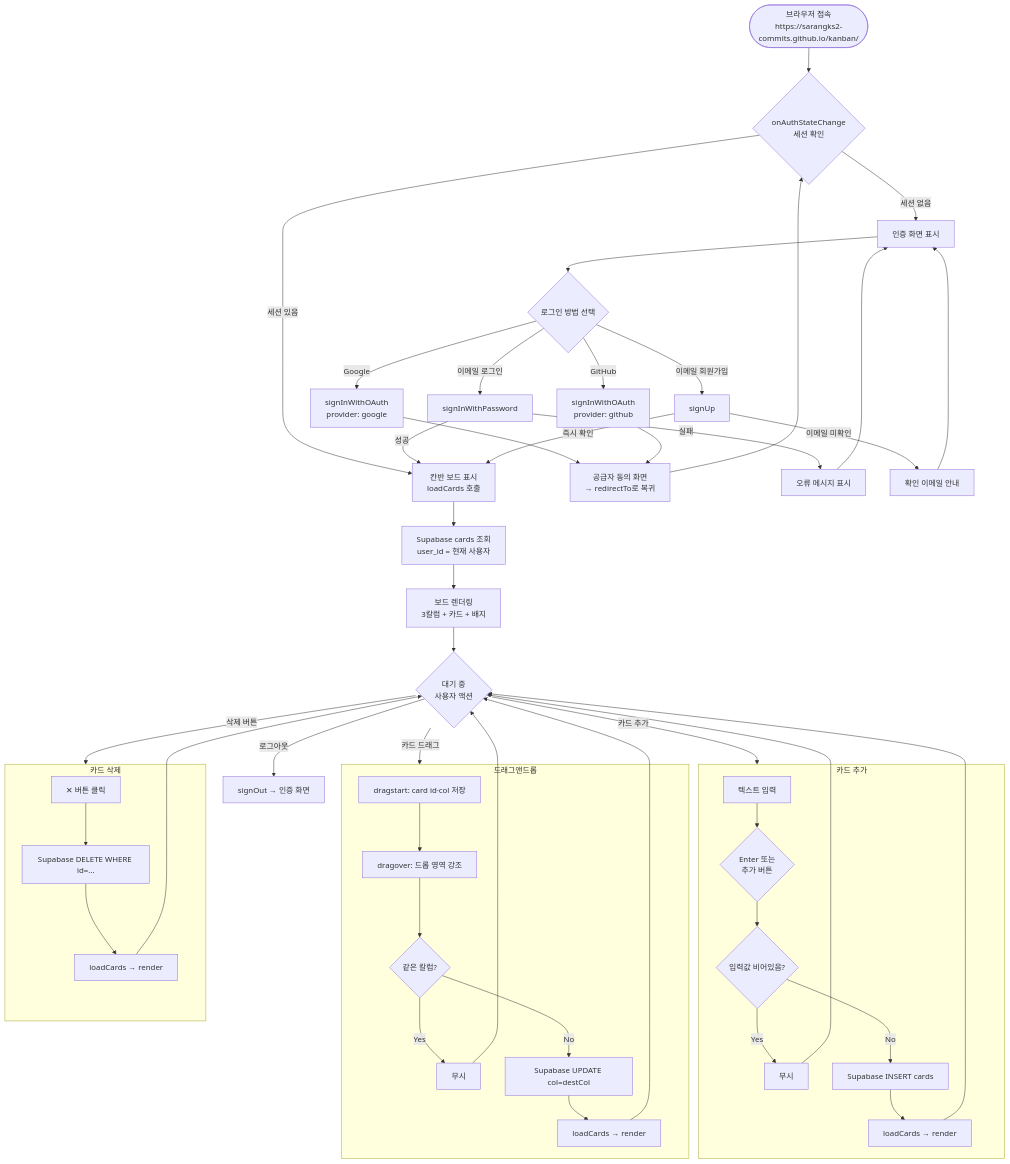
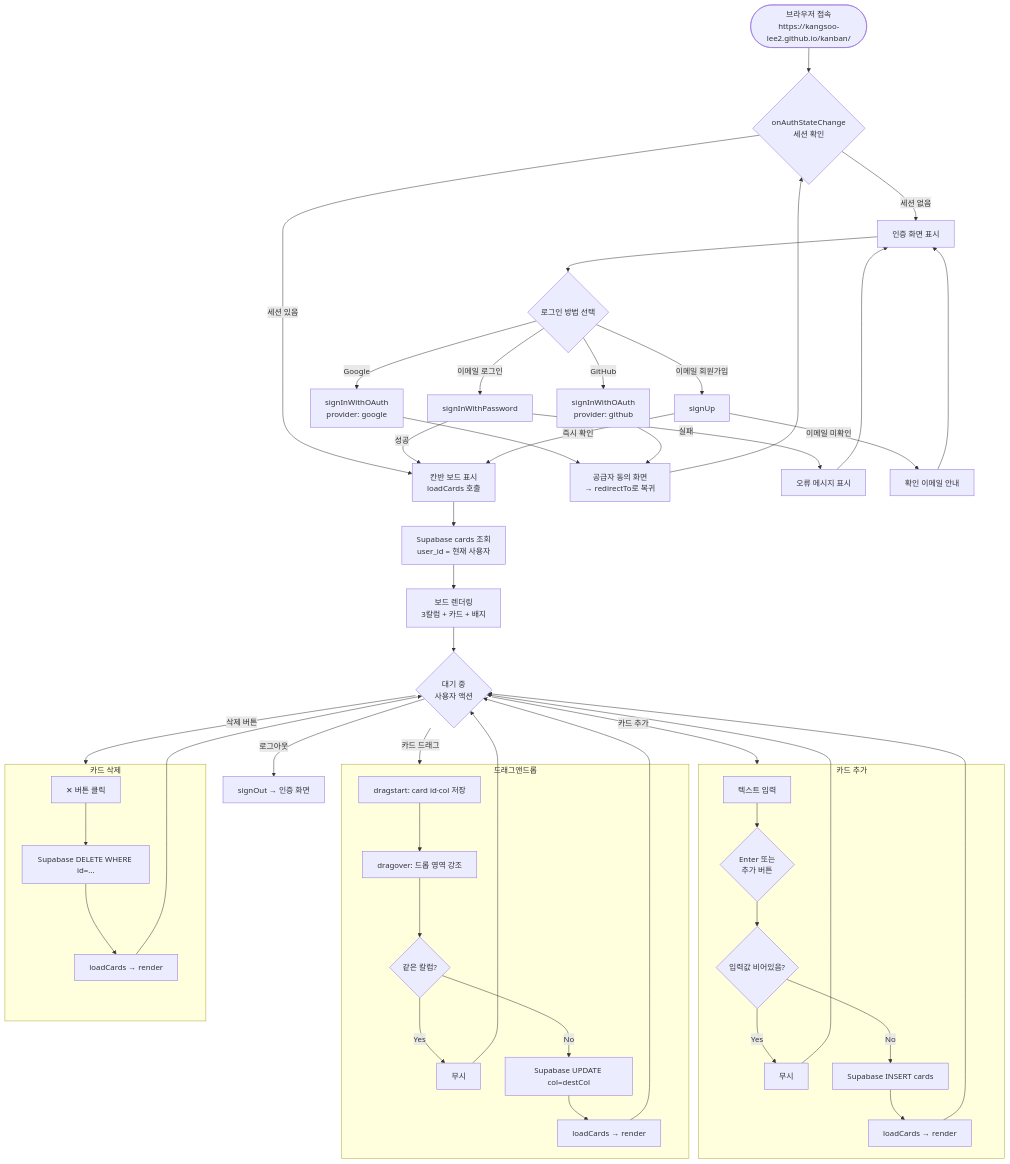
Before and after one commit to kangsoo-lee2/kanban: the first of 6 diagrams in USERFLOW.md, drawn with Mermaid. The commit also changed 5 other files, not shown here.

Commit message:
chore: URL 변경 kangsoo-lee2/kanban

````diff
--- a/USERFLOW.md
+++ b/USERFLOW.md
@@ -12,61 +12,61 @@
 ```mermaid
 flowchart TD
-    START([브라우저 접속\nhttps://sarangks2-commits.github.io/kanban/])
+    START([브라우저 접속\nhttps://kangsoo-lee2.github.io/kanban/])
     START --> SESSION{onAuthStateChange\n세션 확인}
 
     SESSION -->|세션 있음| BOARD[칸반 보드 표시\nloadCards 호출]
     SESSION -->|세션 없음| AUTH[인증 화면 표시]
 
     AUTH --> CHOOSE{로그인 방법 선택}
     CHOOSE -->|Google| GOOGLE[signInWithOAuth\nprovider: google]
     CHOOSE -->|GitHub| GITHUB[signInWithOAuth\nprovider: github]
     CHOOSE -->|이메일 로그인| EMAILIN[signInWithPassword]
     CHOOSE -->|이메일 회원가입| EMAILUP[signUp]
 
     GOOGLE --> REDIRECT[공급자 동의 화면\n→ redirectTo로 복귀]
     GITHUB --> REDIRECT
 
     REDIRECT --> SESSION
     EMAILIN -->|성공| BOARD
     EMAILIN -->|실패| ERR1[오류 메시지 표시]
     EMAILUP -->|이메일 미확인| MAIL[확인 이메일 안내]
     EMAILUP -->|즉시 확인| BOARD
     ERR1 --> AUTH
     MAIL --> AUTH
 
     BOARD --> LOAD[Supabase cards 조회\nuser_id = 현재 사용자]
     LOAD --> RENDER[보드 렌더링\n3칼럼 + 카드 + 배지]
     RENDER --> IDLE{대기 중\n사용자 액션}
 
     IDLE -->|카드 추가| ADD_FLOW
     IDLE -->|카드 드래그| DRAG_FLOW
     IDLE -->|삭제 버튼| DEL_FLOW
     IDLE -->|로그아웃| LOGOUT[signOut → 인증 화면]
 
     subgraph ADD_FLOW [카드 추가]
         A1[텍스트 입력] --> A2{Enter 또는\n추가 버튼}
         A2 --> A3{입력값 비어있음?}
         A3 -->|Yes| A4[무시]
         A3 -->|No| A5[Supabase INSERT cards]
         A5 --> A6[loadCards → render]
     end
 
     subgraph DRAG_FLOW [드래그앤드롭]
         D1[dragstart: card id·col 저장] --> D2[dragover: 드롭 영역 강조]
         D2 --> D3{같은 칼럼?}
         D3 -->|Yes| D4[무시]
         D3 -->|No| D5[Supabase UPDATE col=destCol]
         D5 --> D6[loadCards → render]
     end
 
     subgraph DEL_FLOW [카드 삭제]
         X1[✕ 버튼 클릭] --> X2[Supabase DELETE WHERE id=...]
         X2 --> X3[loadCards → render]
     end
 
     A6 --> IDLE
     D6 --> IDLE
     D4 --> IDLE
     A4 --> IDLE
     X3 --> IDLE
 ```
````
